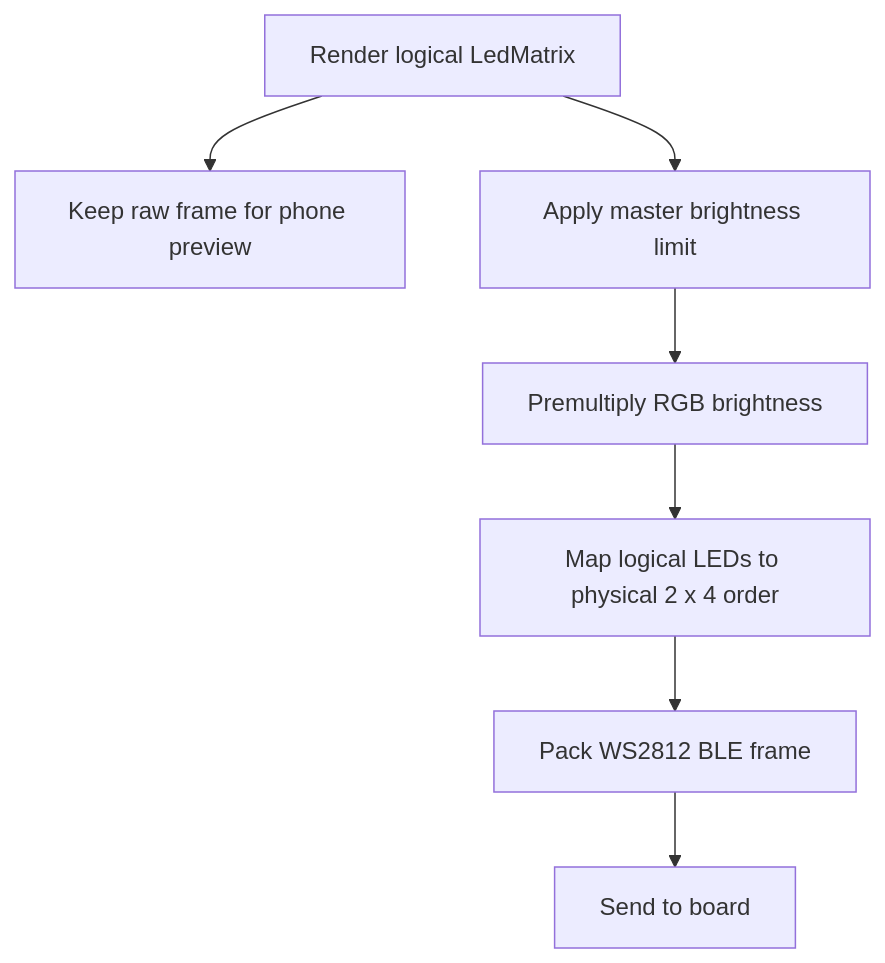
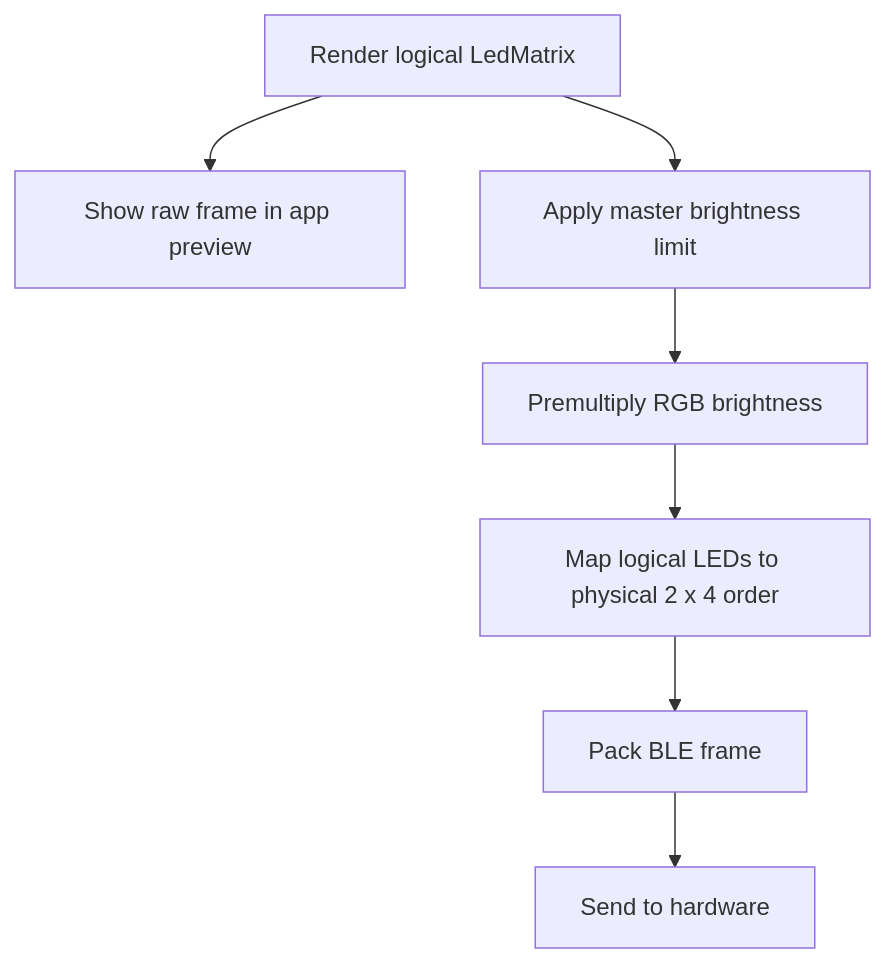
Before and after one commit to SuchLovelyU/LumaFlow: the second of 2 diagrams in README.md, drawn with Mermaid. The commit also changed other lines of this file and 8 other files, not shown here.

````diff
--- a/README.md
+++ b/README.md
@@ -66,9 +145,9 @@
 ```mermaid
 flowchart TD
-    A["Render logical LedMatrix"] --> B["Keep raw frame for phone preview"]
+    A["Render logical LedMatrix"] --> B["Show raw frame in app preview"]
     A --> C["Apply master brightness limit"]
     C --> D["Premultiply RGB brightness"]
     D --> E["Map logical LEDs to physical 2 x 4 order"]
-    E --> F["Pack WS2812 BLE frame"]
-    F --> G["Send to board"]
+    E --> F["Pack BLE frame"]
+    F --> G["Send to hardware"]
 ```
````
